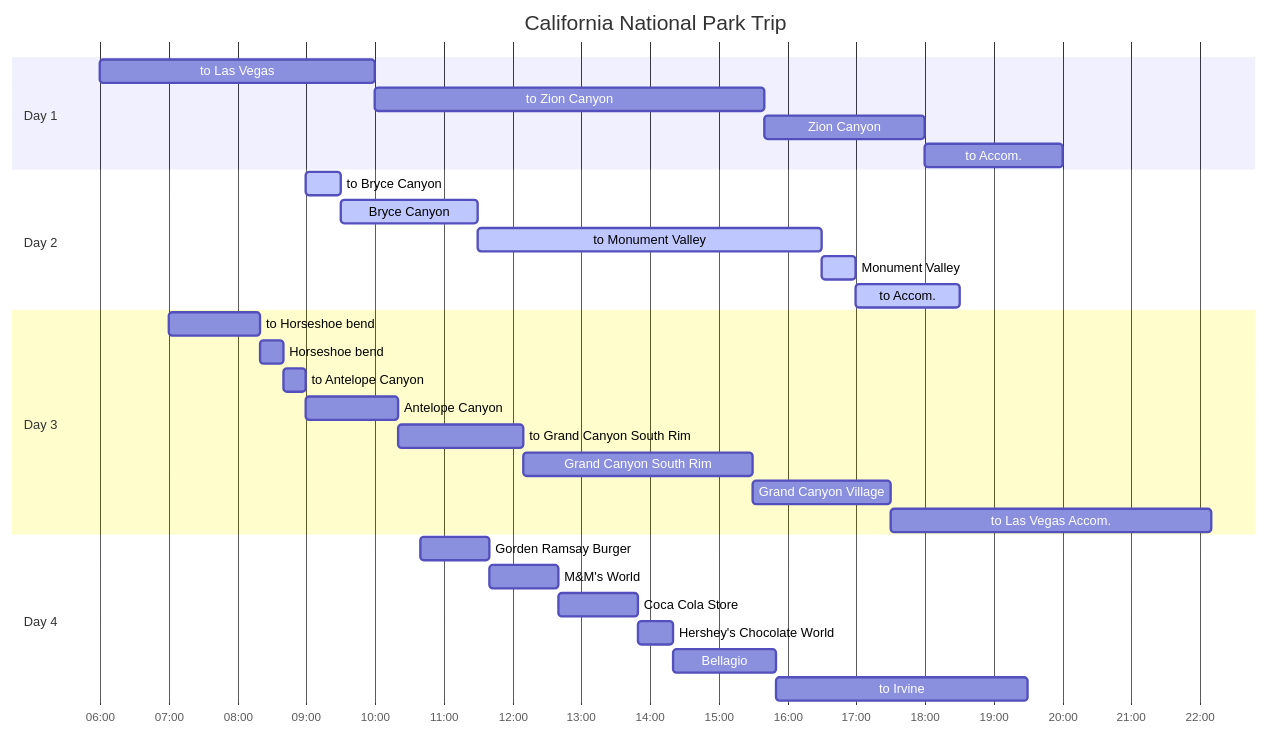
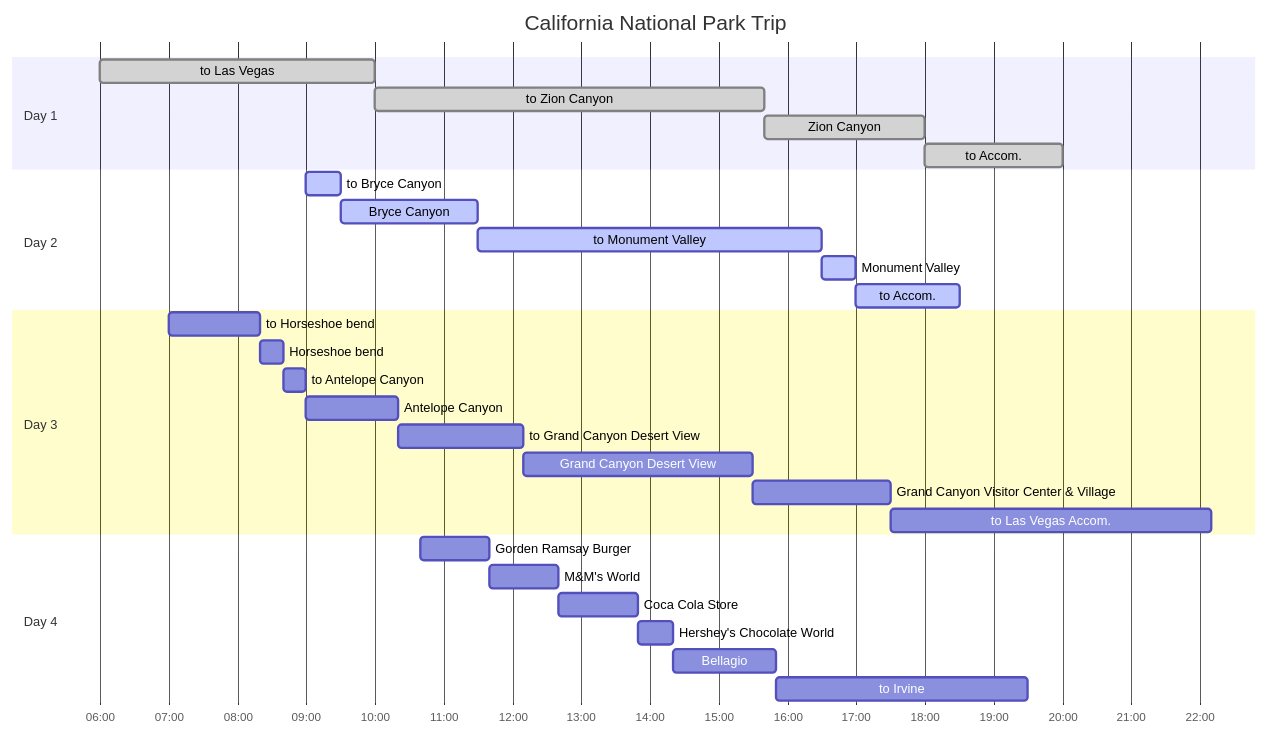
The first of 6 diagrams in _posts/2024-03-29-california-national-park-trip-2.md (applic8ion/applic8ion.github.io), drawn with Mermaid before and after one commit. The commit also changed other lines of this file and 41 other files, not shown here.

````diff
--- a/_posts/2024-03-29-california-national-park-trip-2.md
+++ b/_posts/2024-03-29-california-national-park-trip-2.md
@@ -14,33 +14,33 @@
 ```mermaid
 gantt
 dateFormat HH:mm
 axisFormat %H:%M
 title  California National Park Trip
 section Day 1
-to Las Vegas: d1-1, 06:00, 10:00
-to Zion Canyon: d1-2, after d1-1, 15:40
-Zion Canyon: d1-3, after d1-2, 18:00
-to Accom.: d1-4, after d1-3, 20:00
+to Las Vegas: done, d1-1, 06:00, 10:00
+to Zion Canyon: done, d1-2, after d1-1, 15:40
+Zion Canyon: done, d1-3, after d1-2, 18:00
+to Accom.: done, d1-4, after d1-3, 20:00
 section Day 2
 to Bryce Canyon : active, d2-1, 09:00, 30m
 Bryce Canyon : active, d2-2, after d2-1, 2h
 to Monument Valley: active, d2-3, after d2-2, 16:30
 Monument Valley: active, d2-4, after d2-3, 17:00
 to Accom.:  active, d2-5, after d2-4, 18:30
 section Day 3
 to Horseshoe bend: d3-1, 07:00, 08:20
 Horseshoe bend: d3-2, after d3-1, 08:40
 to Antelope Canyon: d3-3, after d3-2, 09:00
 Antelope Canyon: d3-4, after d3-3, 10:20
-to Grand Canyon South Rim: d3-5, after d3-4, 12:10
-Grand Canyon South Rim: d3-6, after d3-5, 15:30
-Grand Canyon Village: d3-7, after d3-6, 17:30
+to Grand Canyon Desert View: d3-5, after d3-4, 12:10
+Grand Canyon Desert View: d3-6, after d3-5, 15:30
+Grand Canyon Visitor Center & Village: d3-7, after d3-6, 17:30
 to Las Vegas Accom.: d3-8, after d3-7, 22:10
 section Day 4
 Gorden Ramsay Burger: d4-1, 10:40, 11:40
 M&M's World: d4-2, after d4-1, 12:40
 Coca Cola Store: d4-3, after d4-2, 13:50
 Hershey's Chocolate World: d4-4, after d4-3, 14:20
 Bellagio: d4-5, after d4-4, 15:50
 to Irvine: d4-6, after d4-5, 19:30
 ```
````
